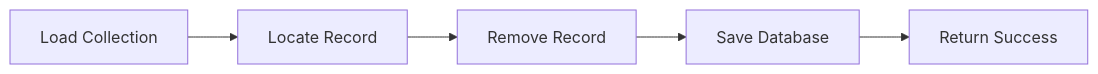
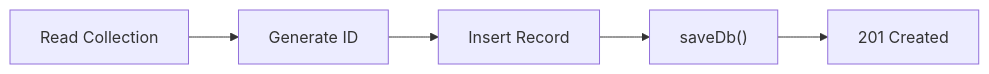
Before and after one commit to seanwhs/Tutorials: the third of 5 diagrams in NextJS/Mock-API-Server/5-Implement-CRUD-Engine.md, drawn with Mermaid. The commit also changed other lines of this file, not shown here.

````diff
--- a/NextJS/Mock-API-Server/5-Implement-CRUD-Engine.md
+++ b/NextJS/Mock-API-Server/5-Implement-CRUD-Engine.md
@@ -296,9 +252,13 @@
 ```mermaid
 flowchart LR
 
-A["Load Collection"]
-A --> B["Locate Record"]
-B --> C["Remove Record"]
-C --> D["Save Database"]
-D --> E["Return Success"]
+A["Read Collection"]
+
+A --> B["Generate ID"]
+
+B --> C["Insert Record"]
+
+C --> D["saveDb()"]
+
+D --> E["201 Created"]
 ```
````
